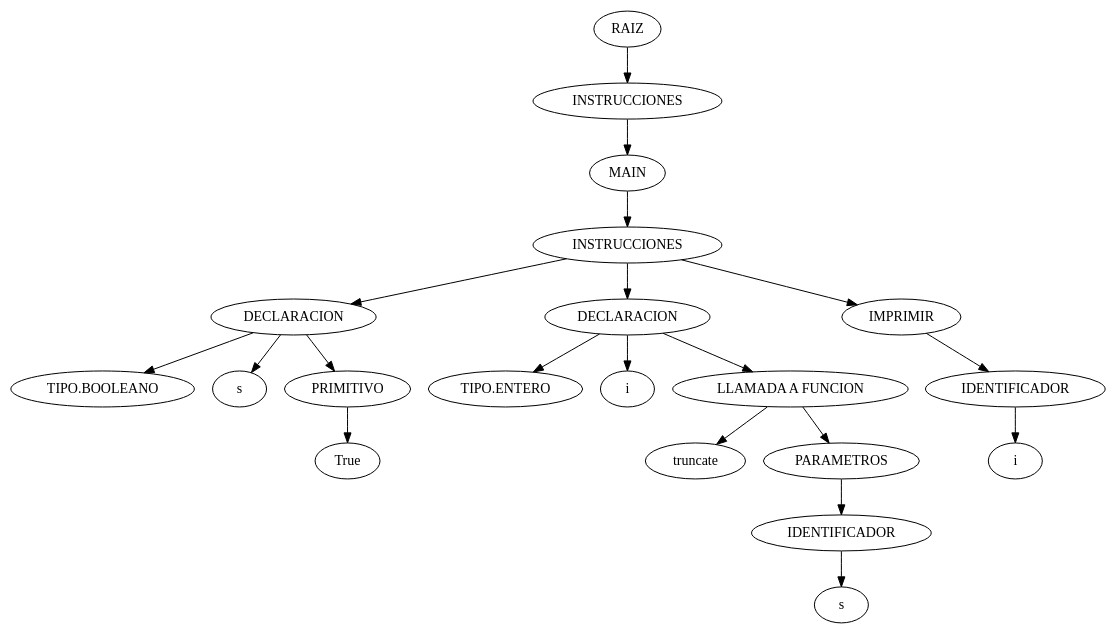
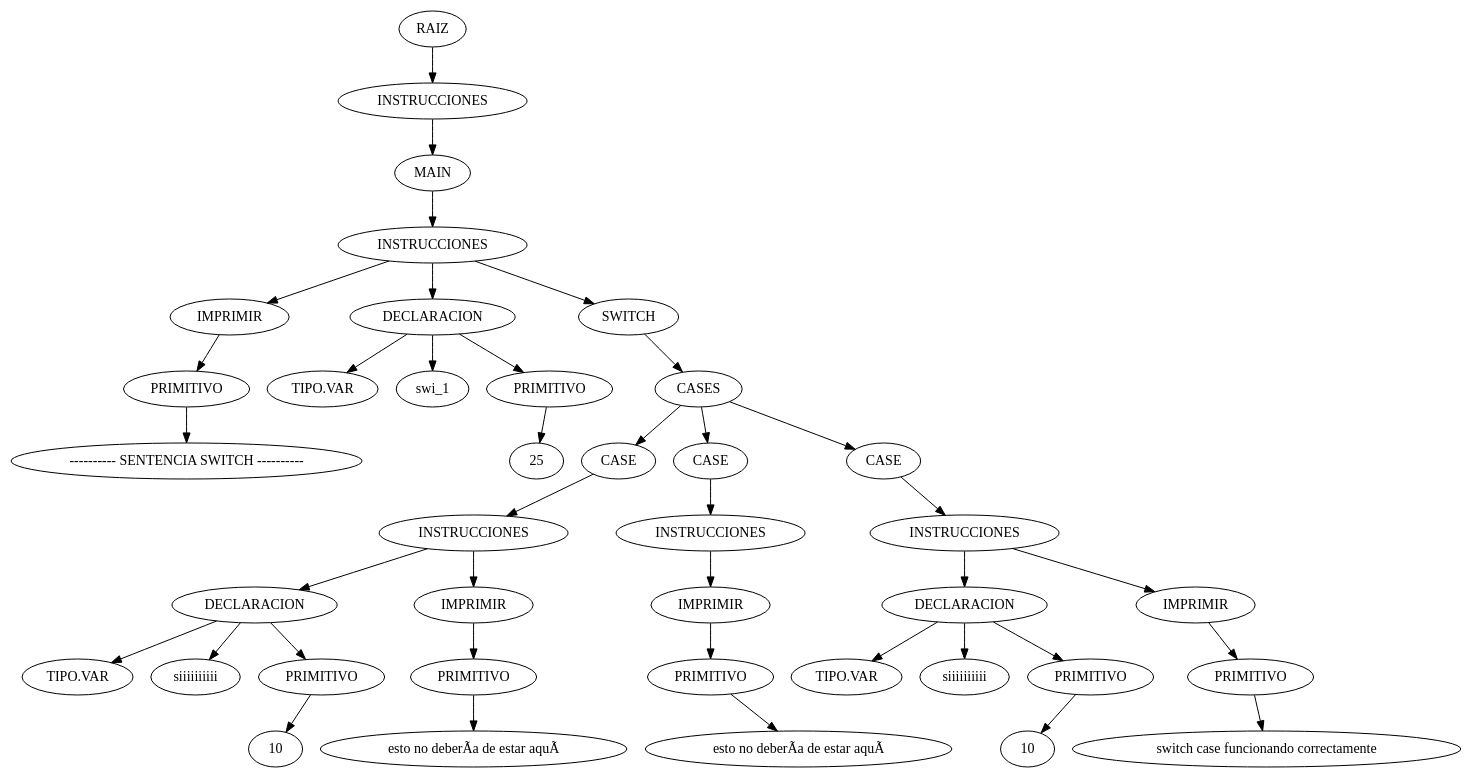
One commit to lexisbr/JPR changed the diagram in JPR_IDE/ast.dot. Above: the diagram before and after it, drawn with Graphviz. The commit also changed 21 other files, not shown here.

```diff
--- a/JPR_IDE/ast.dot
+++ b/JPR_IDE/ast.dot
@@ -1,41 +1,79 @@
 digraph {
 n0[label="RAIZ"];
 n1[label="INSTRUCCIONES"];
 n0->n1;
 n2[label="MAIN"];
 n1->n2;
 n3[label="INSTRUCCIONES"];
 n2->n3;
-n4[label="DECLARACION"];
+n4[label="IMPRIMIR"];
 n3->n4;
-n5[label="TIPO.BOOLEANO"];
+n5[label="PRIMITIVO"];
 n4->n5;
-n6[label="s"];
-n4->n6;
-n7[label="PRIMITIVO"];
-n4->n7;
-n8[label="True"];
+n6[label="---------- SENTENCIA SWITCH ----------"];
+n5->n6;
+n7[label="DECLARACION"];
+n3->n7;
+n8[label="TIPO.VAR"];
 n7->n8;
-n9[label="DECLARACION"];
-n3->n9;
-n10[label="TIPO.ENTERO"];
-n9->n10;
-n11[label="i"];
-n9->n11;
-n12[label="LLAMADA A FUNCION"];
-n9->n12;
-n13[label="truncate"];
+n9[label="swi_1"];
+n7->n9;
+n10[label="PRIMITIVO"];
+n7->n10;
+n11[label="25"];
+n10->n11;
+n12[label="SWITCH"];
+n3->n12;
+n13[label="CASES"];
 n12->n13;
-n14[label="PARAMETROS"];
-n12->n14;
-n15[label="IDENTIFICADOR"];
+n14[label="CASE"];
+n13->n14;
+n15[label="INSTRUCCIONES"];
 n14->n15;
-n16[label="s"];
+n16[label="DECLARACION"];
 n15->n16;
-n17[label="IMPRIMIR"];
-n3->n17;
-n18[label="IDENTIFICADOR"];
-n17->n18;
-n19[label="i"];
-n18->n19;
+n17[label="TIPO.VAR"];
+n16->n17;
+n18[label="siiiiiiiiii"];
+n16->n18;
+n19[label="PRIMITIVO"];
+n16->n19;
+n20[label="10"];
+n19->n20;
+n21[label="IMPRIMIR"];
+n15->n21;
+n22[label="PRIMITIVO"];
+n21->n22;
+n23[label="esto no deberÃ­a de estar aquÃ­"];
+n22->n23;
+n24[label="CASE"];
+n13->n24;
+n25[label="INSTRUCCIONES"];
+n24->n25;
+n26[label="IMPRIMIR"];
+n25->n26;
+n27[label="PRIMITIVO"];
+n26->n27;
+n28[label="esto no deberÃ­a de estar aquÃ­"];
+n27->n28;
+n29[label="CASE"];
+n13->n29;
+n30[label="INSTRUCCIONES"];
+n29->n30;
+n31[label="DECLARACION"];
+n30->n31;
+n32[label="TIPO.VAR"];
+n31->n32;
+n33[label="siiiiiiiiii"];
+n31->n33;
+n34[label="PRIMITIVO"];
+n31->n34;
+n35[label="10"];
+n34->n35;
+n36[label="IMPRIMIR"];
+n30->n36;
+n37[label="PRIMITIVO"];
+n36->n37;
+n38[label="switch case funcionando correctamente"];
+n37->n38;
 }
```
